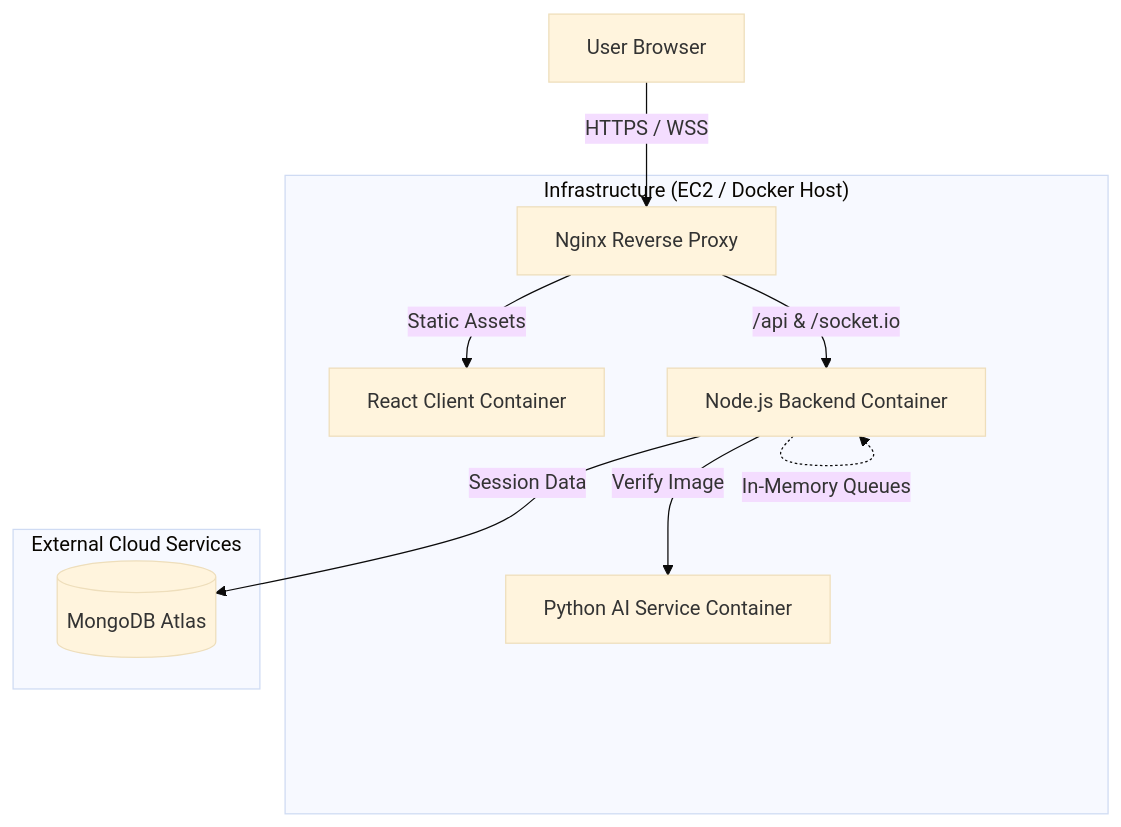
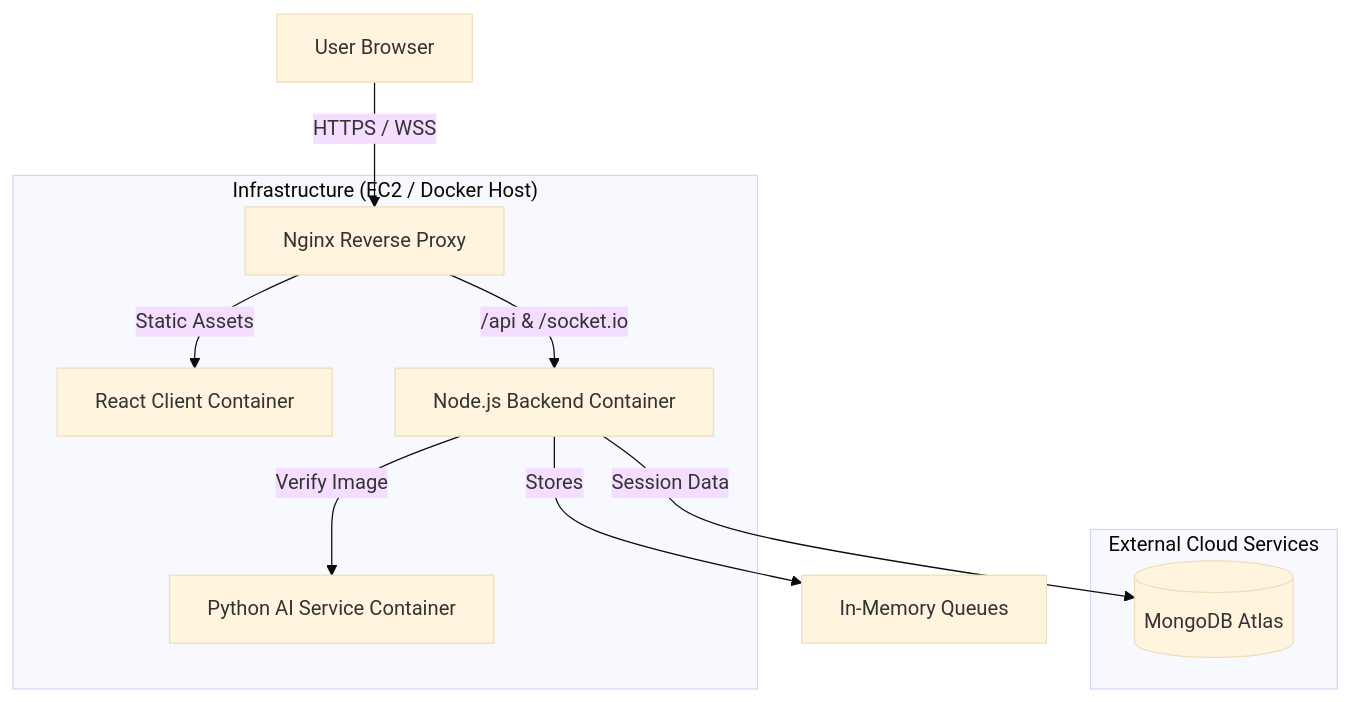
The first of 3 diagrams in DOCUMENTATION.md (devyanshnandeshwar/ghostly-app), drawn with Mermaid (base theme) before and after one commit. The commit also changed 1 other file, not shown here.

Commit message:
docs: remove emojis and fix diagram arrows

````diff
--- a/DOCUMENTATION.md
+++ b/DOCUMENTATION.md
@@ -11,18 +11,18 @@
 ```mermaid
 flowchart TB
  subgraph Infrastructure["Infrastructure (EC2 / Docker Host)"]
         Nginx["Nginx Reverse Proxy"]
         Client["React Client Container"]
         Server["Node.js Backend Container"]
         AI["Python AI Service Container"]
   end
  subgraph Cloud["External Cloud Services"]
         Atlas[("MongoDB Atlas")]
   end
     User["User Browser"] -- HTTPS / WSS --> Nginx
     Nginx -- Static Assets --> Client
     Nginx -- "/api & /socket.io" --> Server
     Server -- Session Data --> Atlas
     Server -- Verify Image --> AI
-    Server -. "In-Memory Queues" .-> Server
+    Server -- Stores --> Queues["In-Memory Queues"]
 ```
````
